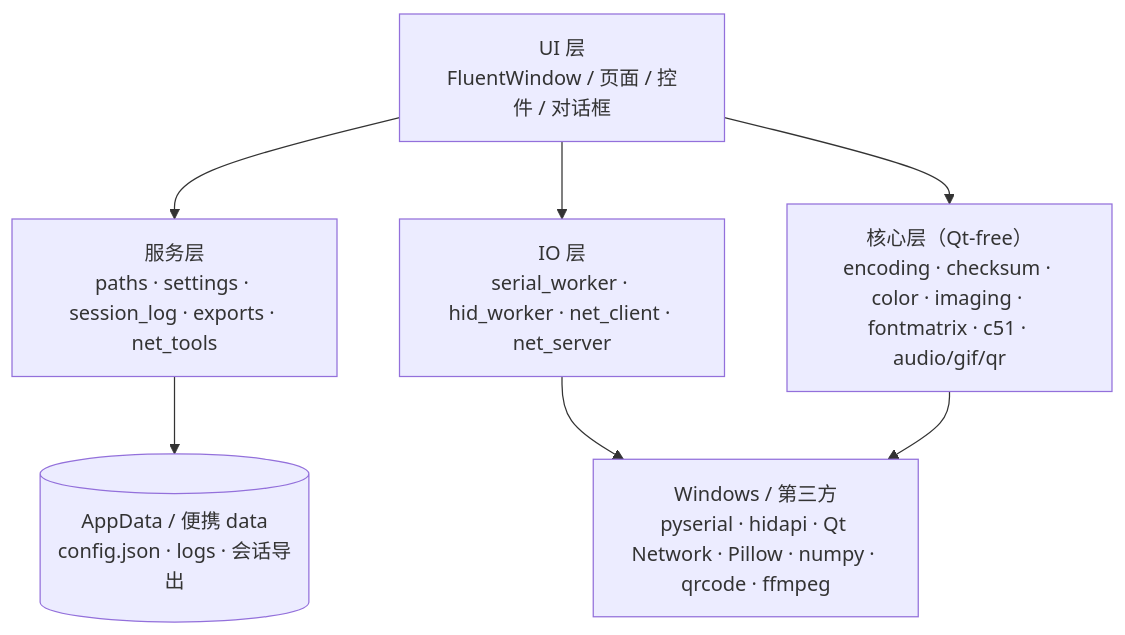
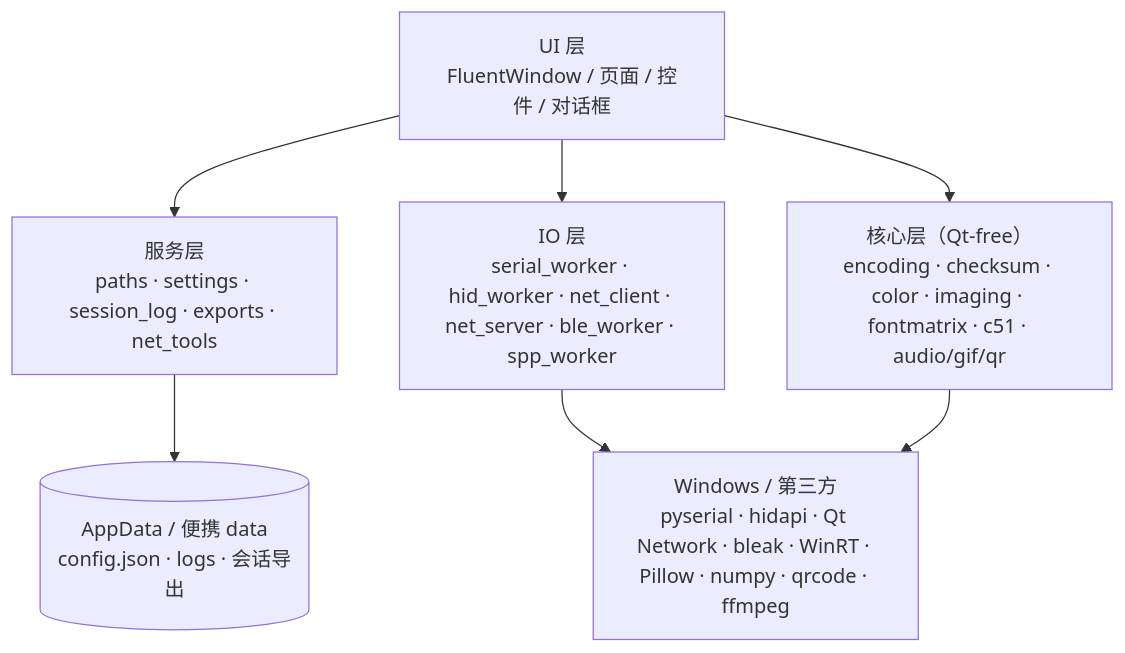
One commit to Yaopyr/PortHelperFluent changed the diagram in README.md. Above: the diagram before and after it, drawn with Mermaid. The commit also changed other lines of this file and 10 other files, not shown here.

````diff
--- a/README.md
+++ b/README.md
@@ -146,16 +147,16 @@
 ```mermaid
 flowchart TB
     UI["UI 层<br/>FluentWindow / 页面 / 控件 / 对话框"]
     SVC["服务层<br/>paths · settings · session_log · exports · net_tools"]
-    IO["IO 层<br/>serial_worker · hid_worker · net_client · net_server"]
+    IO["IO 层<br/>serial_worker · hid_worker · net_client · net_server · ble_worker · spp_worker"]
     CORE["核心层（Qt-free）<br/>encoding · checksum · color · imaging · fontmatrix · c51 · audio/gif/qr"]
-    WIN["Windows / 第三方<br/>pyserial · hidapi · Qt Network · Pillow · numpy · qrcode · ffmpeg"]
+    WIN["Windows / 第三方<br/>pyserial · hidapi · Qt Network · bleak · WinRT · Pillow · numpy · qrcode · ffmpeg"]
     FS[("AppData / 便携 data<br/>config.json · logs · 会话导出")]
 
     UI --> SVC
     UI --> IO
     UI --> CORE
     SVC --> FS
     IO --> WIN
     CORE --> WIN
 ```
````
